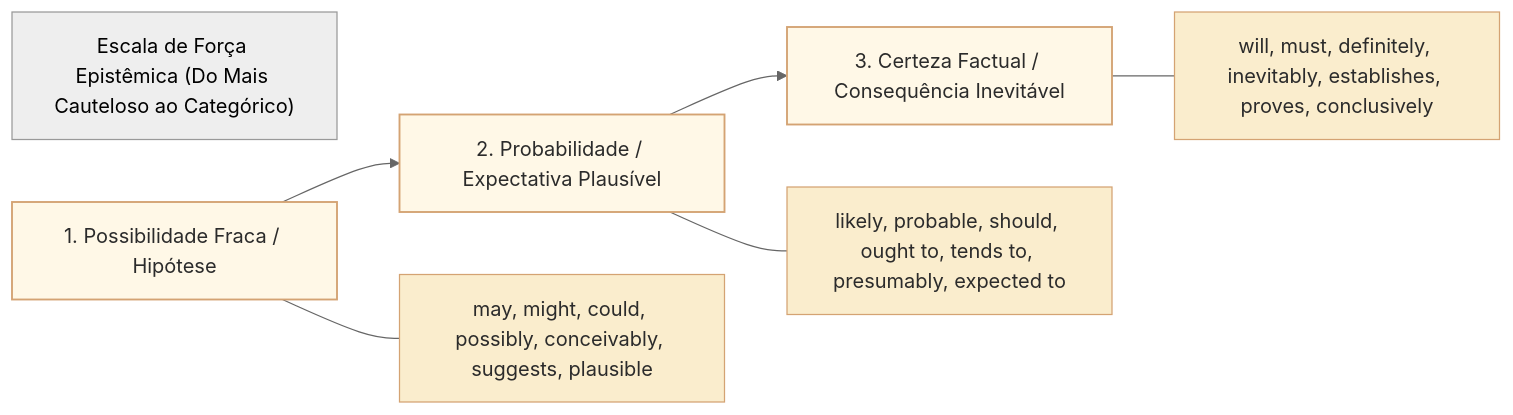
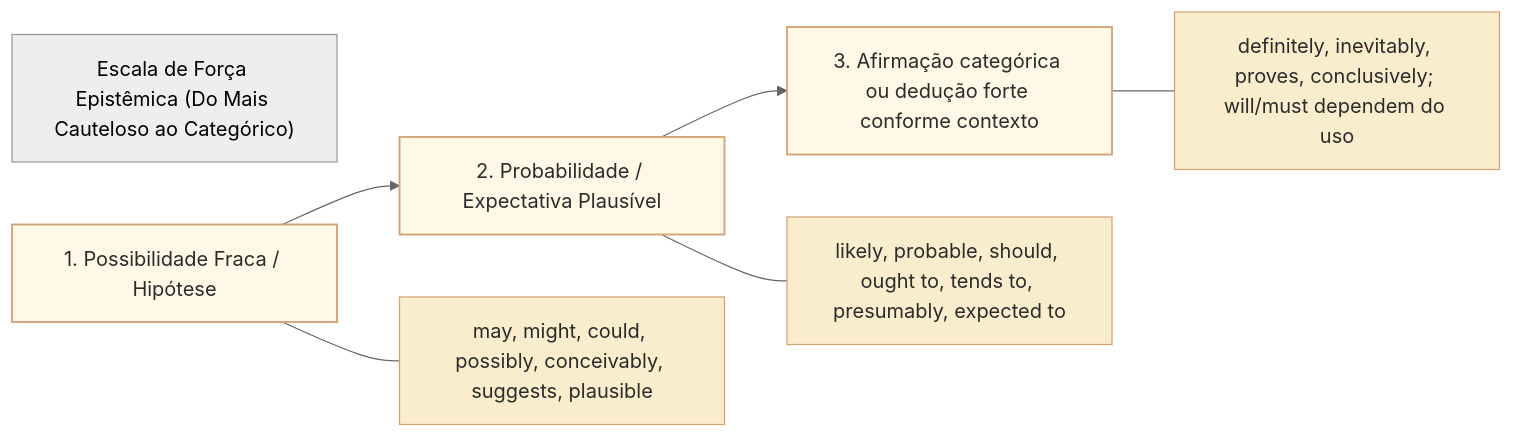
One commit to leorruas/concursos changed the second of 2 diagrams in 3 - Materias/Ingles/08 - informacoes explicitas inferencias e limites da deducao.md. Above: the diagram before and after it, drawn with Mermaid (neutral theme). The commit also changed other lines of this file, not shown here.

````diff
--- a/3 - Materias/Ingles/08 - informacoes explicitas inferencias e limites da deducao.md
+++ b/3 - Materias/Ingles/08 - informacoes explicitas inferencias e limites da deducao.md
@@ -90,16 +90,16 @@
 ```mermaid
 flowchart LR
     A["Escala de Força Epistêmica (Do Mais Cauteloso ao Categórico)"]
     
-    A1["1. Possibilidade Fraca / Hipótese"] --> A2["2. Probabilidade / Expectativa Plausível"] --> A3["3. Certeza Factual / Consequência Inevitável"]
+    A1["1. Possibilidade Fraca / Hipótese"] --> A2["2. Probabilidade / Expectativa Plausível"] --> A3["3. Afirmação categórica ou dedução forte conforme contexto"]
     
     A1 --- B1["may, might, could, possibly, conceivably, suggests, plausible"]
     A2 --- B2["likely, probable, should, ought to, tends to, presumably, expected to"]
-    A3 --- B3["will, must, definitely, inevitably, establishes, proves, conclusively"]
+    A3 --- B3["definitely, inevitably, proves, conclusively; will/must dependem do uso"]
 
     classDef escala fill:#fff8e7,stroke:#d4a373,color:#2b2b2b,stroke-width:1.5px;
     classDef termos fill:#faedcd,stroke:#d4a373,color:#2b2b2b,stroke-width:1px;
 
     class A1,A2,A3 escala;
     class B1,B2,B3 termos;
 ```
````
